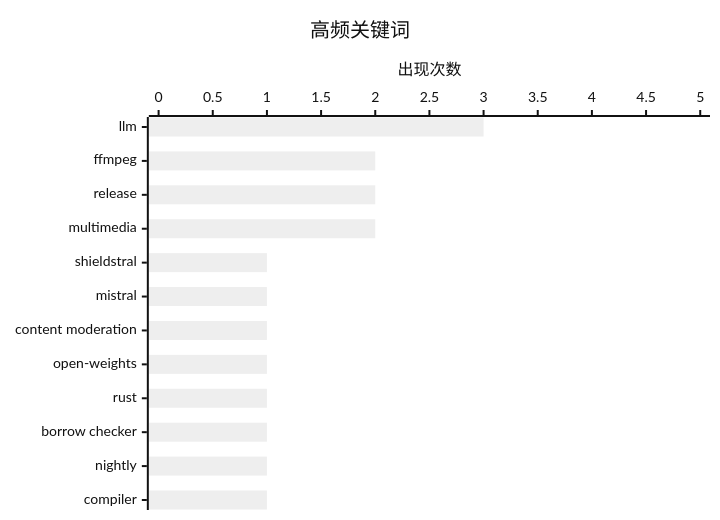
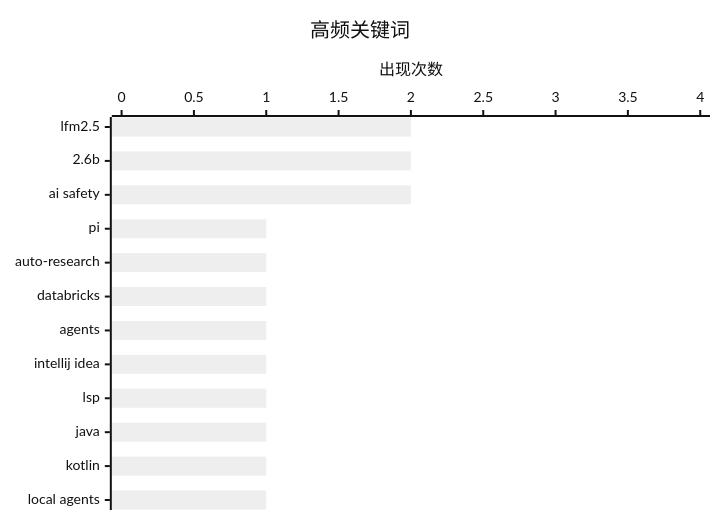
Before and after one commit to Halcyon-ccc/ai-daily-digest: the second of 2 diagrams in digests/digest-20260805.md, drawn with Mermaid (neutral theme). The commit also changed other lines of this file, not shown here.

````diff
--- a/digests/digest-20260805.md
+++ b/digests/digest-20260805.md
@@ -418,7 +390,7 @@
 ```mermaid
 xychart-beta horizontal
     title "高频关键词"
-    x-axis ["llm", "ffmpeg", "release", "multimedia", "shieldstral", "mistral", "content moderation", "open-weights", "rust", "borrow checker", "nightly", "compiler"]
-    y-axis "出现次数" 0 --> 5
-    bar [3, 2, 2, 2, 1, 1, 1, 1, 1, 1, 1, 1]
+    x-axis ["lfm2.5", "2.6b", "ai safety", "pi", "auto-research", "databricks", "agents", "intellij idea", "lsp", "java", "kotlin", "local agents"]
+    y-axis "出现次数" 0 --> 4
+    bar [2, 2, 2, 1, 1, 1, 1, 1, 1, 1, 1, 1]
 ```
````
